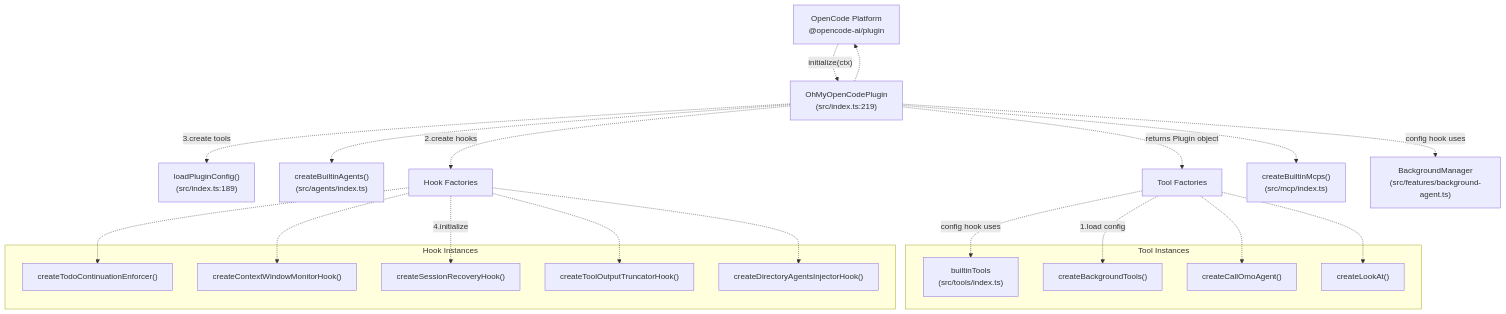
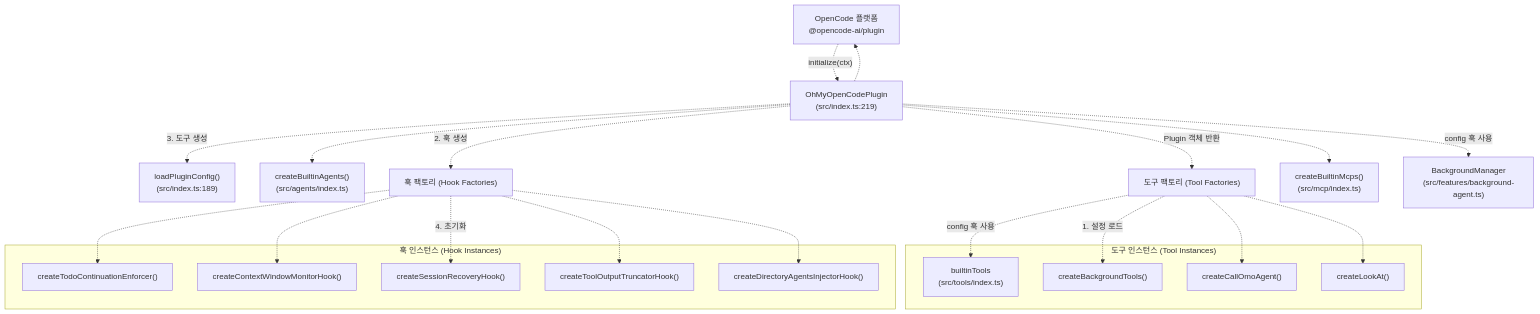
One commit to felipetruman/oh-my-opencode-docs changed the first of 8 diagrams in docs/architecture/core-architecture.md. Above: the diagram before and after it, drawn with Mermaid. The commit also changed other lines of this file and 76 other files, not shown here.

````diff
--- a/docs/architecture/core-architecture.md
+++ b/docs/architecture/core-architecture.md
@@ -31,54 +29,54 @@
 ```mermaid
 flowchart TD
 
-OpenCode["OpenCode Platform<br>@opencode-ai/plugin"]
+OpenCode["OpenCode 플랫폼<br>@opencode-ai/plugin"]
 PluginEntry["OhMyOpenCodePlugin<br>(src/index.ts:219)"]
 ConfigLoader["loadPluginConfig()<br>(src/index.ts:189)"]
 AgentFactory["createBuiltinAgents()<br>(src/agents/index.ts)"]
-HookFactories["Hook Factories"]
-ToolFactories["Tool Factories"]
+HookFactories["훅 팩토리 (Hook Factories)"]
+ToolFactories["도구 팩토리 (Tool Factories)"]
 MCPFactory["createBuiltinMcps()<br>(src/mcp/index.ts)"]
 BackgroundMgr["BackgroundManager<br>(src/features/background-agent.ts)"]
 TodoHook["createTodoContinuationEnforcer()"]
 ContextHook["createContextWindowMonitorHook()"]
 RecoveryHook["createSessionRecoveryHook()"]
 TruncatorHook["createToolOutputTruncatorHook()"]
 DirectoryInject["createDirectoryAgentsInjectorHook()"]
 BuiltinTools["builtinTools<br>(src/tools/index.ts)"]
 BgTools["createBackgroundTools()"]
 CallAgent["createCallOmoAgent()"]
 LookAtTool["createLookAt()"]
 
 OpenCode -.->|"initialize(ctx)"| PluginEntry
-PluginEntry -.->|"3.create tools"| ConfigLoader
-PluginEntry -.->|"2.create hooks"| HookFactories
-PluginEntry -.->|"returns Plugin object"| ToolFactories
-PluginEntry -.->|"config hook uses"| BackgroundMgr
+PluginEntry -.->|"3. 도구 생성"| ConfigLoader
+PluginEntry -.->|"2. 훅 생성"| HookFactories
+PluginEntry -.->|"Plugin 객체 반환"| ToolFactories
+PluginEntry -.->|"config 훅 사용"| BackgroundMgr
 PluginEntry -.-> OpenCode
 HookFactories -.-> TodoHook
 HookFactories -.-> ContextHook
-HookFactories -.->|"4.initialize"| RecoveryHook
+HookFactories -.->|"4. 초기화"| RecoveryHook
 HookFactories -.-> TruncatorHook
 HookFactories -.-> DirectoryInject
-ToolFactories -.->|"config hook uses"| BuiltinTools
-ToolFactories -.->|"1.load config"| BgTools
+ToolFactories -.->|"config 훅 사용"| BuiltinTools
+ToolFactories -.->|"1. 설정 로드"| BgTools
 ToolFactories -.-> CallAgent
 ToolFactories -.-> LookAtTool
 PluginEntry -.-> AgentFactory
 PluginEntry -.-> MCPFactory
 
-subgraph subGraph1 ["Tool Instances"]
+subgraph subGraph1 ["도구 인스턴스 (Tool Instances)"]
     BuiltinTools
     BgTools
     CallAgent
     LookAtTool
 end
 
-subgraph subGraph0 ["Hook Instances"]
+subgraph subGraph0 ["훅 인스턴스 (Hook Instances)"]
     TodoHook
     ContextHook
     RecoveryHook
     TruncatorHook
     DirectoryInject
 end
 ```
````
